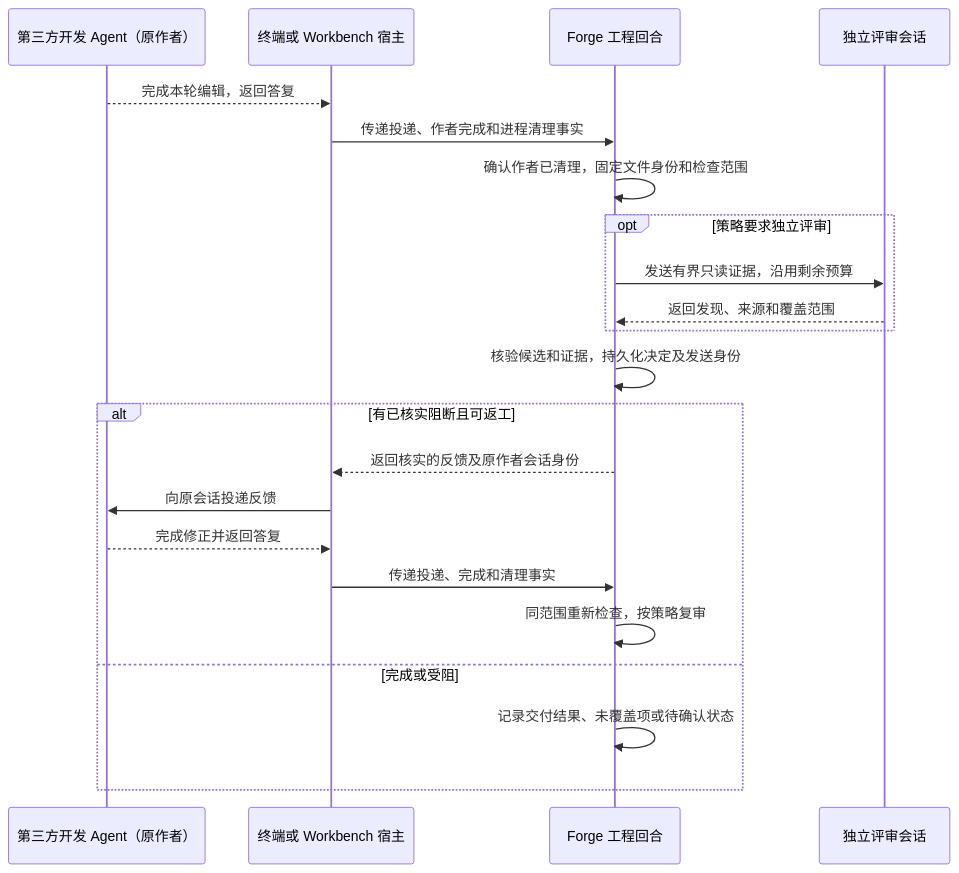
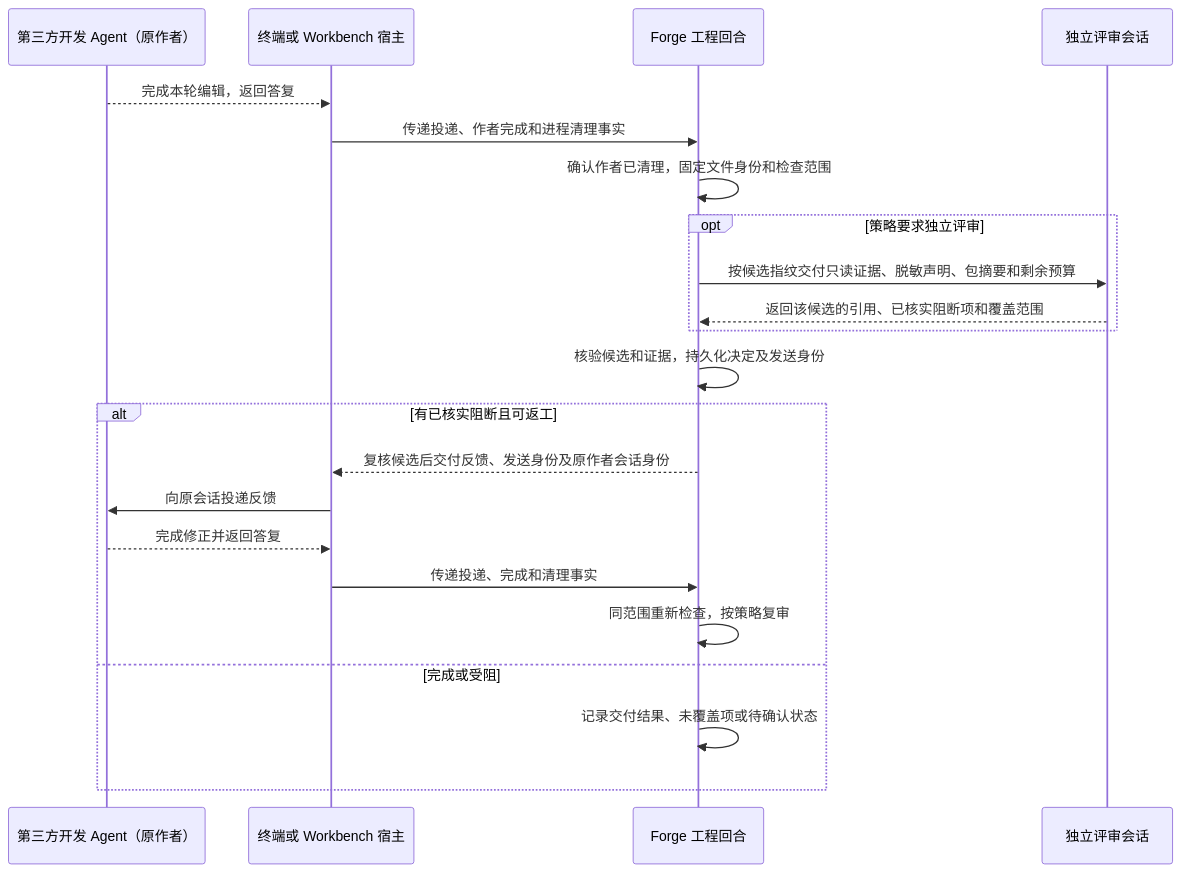
Before and after one commit to vincent9299/demiflow: the fifth of 14 diagrams in docs/demiflow-architecture.md, drawn with Mermaid. The commit also changed other lines of this file, not shown here.

Commit message:
Put inter-module contracts on sequence diagram messages

````diff
--- a/docs/demiflow-architecture.md
+++ b/docs/demiflow-architecture.md
@@ -195,24 +200,24 @@
 ```mermaid
 sequenceDiagram
     participant A as 第三方开发 Agent（原作者）
     participant H as 终端或 Workbench 宿主
     participant F as Forge 工程回合
     participant R as 独立评审会话
     A-->>H: 完成本轮编辑，返回答复
     H->>F: 传递投递、作者完成和进程清理事实
     F->>F: 确认作者已清理，固定文件身份和检查范围
     opt 策略要求独立评审
-        F->>R: 发送有界只读证据，沿用剩余预算
-        R-->>F: 返回发现、来源和覆盖范围
+        F->>R: 按候选指纹交付只读证据、脱敏声明、包摘要和剩余预算
+        R-->>F: 返回该候选的引用、已核实阻断项和覆盖范围
     end
     F->>F: 核验候选和证据，持久化决定及发送身份
     alt 有已核实阻断且可返工
-        F-->>H: 返回核实的反馈及原作者会话身份
+        F-->>H: 复核候选后交付反馈、发送身份及原作者会话身份
         H->>A: 向原会话投递反馈
         A-->>H: 完成修正并返回答复
         H->>F: 传递投递、完成和清理事实
         F->>F: 同范围重新检查，按策略复审
     else 完成或受阻
         F->>F: 记录交付结果、未覆盖项或待确认状态
     end
 ```
````
